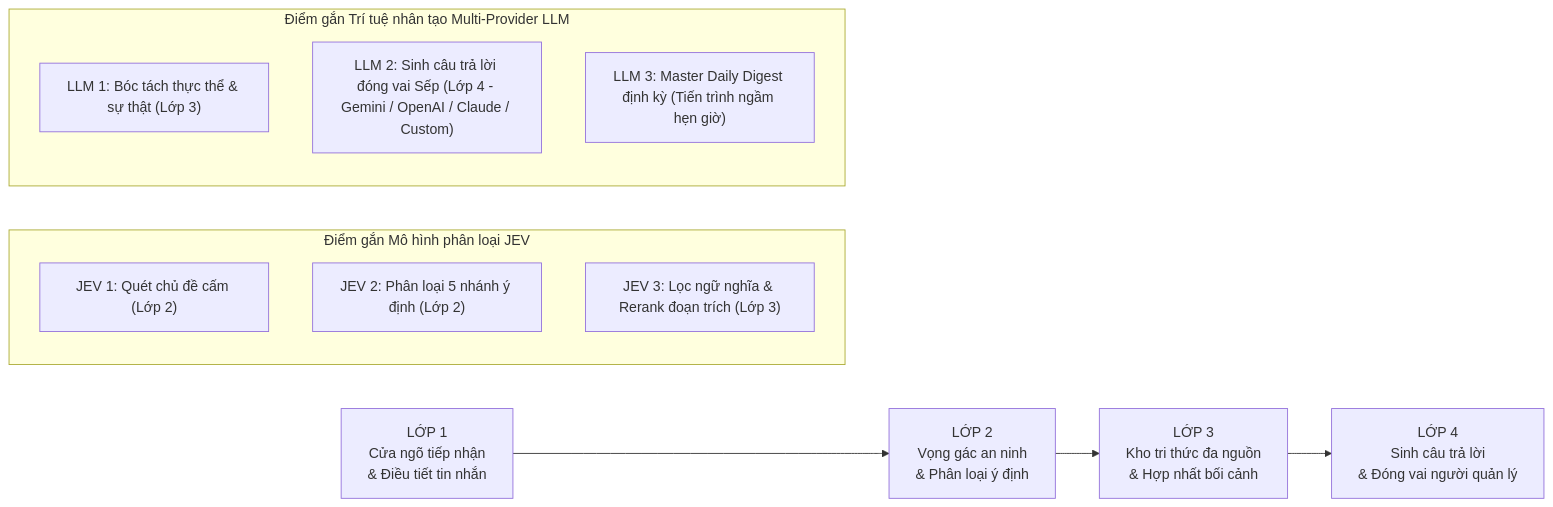
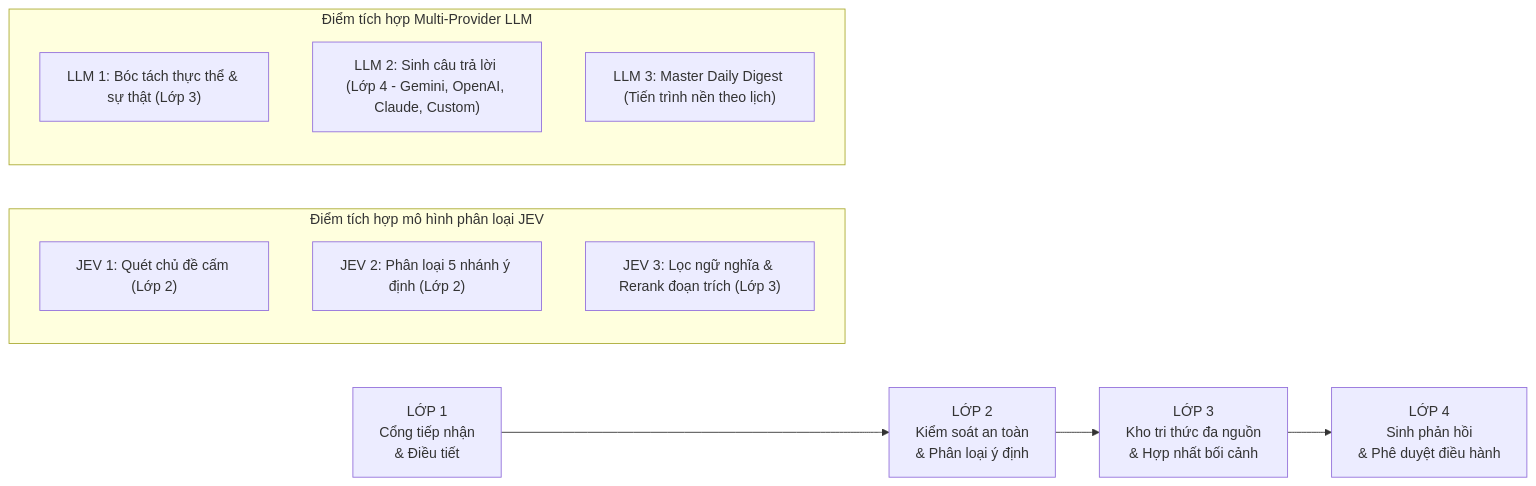
One commit to tetsde/LarkAssistant changed the diagram in server/docs/so_do_luong_hoat_dong_4_lop.md. Above: the diagram before and after it, drawn with Mermaid. The commit also changed other lines of this file and 20 other files, not shown here.

Commit message:
docs: update architecture documentation and diagrams

````diff
--- a/server/docs/so_do_luong_hoat_dong_4_lop.md
+++ b/server/docs/so_do_luong_hoat_dong_4_lop.md
@@ -22,18 +19,18 @@
 ```mermaid
 flowchart LR
-    L1["LỚP 1<br/>Cửa ngõ tiếp nhận<br/>& Điều tiết tin nhắn"] --> L2["LỚP 2<br/>Vọng gác an ninh<br/>& Phân loại ý định"]
+    L1["LỚP 1<br/>Cổng tiếp nhận<br/>& Điều tiết"] --> L2["LỚP 2<br/>Kiểm soát an toàn<br/>& Phân loại ý định"]
     L2 --> L3["LỚP 3<br/>Kho tri thức đa nguồn<br/>& Hợp nhất bối cảnh"]
-    L3 --> L4["LỚP 4<br/>Sinh câu trả lời<br/>& Đóng vai người quản lý"]
+    L3 --> L4["LỚP 4<br/>Sinh phản hồi<br/>& Phê duyệt điều hành"]
 
-    subgraph Dấu_mốc_JEV [Điểm gắn Mô hình phân loại JEV]
+    subgraph Diem_gan_JEV [Điểm tích hợp mô hình phân loại JEV]
         J1["JEV 1: Quét chủ đề cấm (Lớp 2)"]
         J2["JEV 2: Phân loại 5 nhánh ý định (Lớp 2)"]
         J3["JEV 3: Lọc ngữ nghĩa & Rerank đoạn trích (Lớp 3)"]
     end
 
-    subgraph Dấu_mốc_LLM [Điểm gắn Trí tuệ nhân tạo Multi-Provider LLM]
+    subgraph Diem_gan_LLM [Điểm tích hợp Multi-Provider LLM]
         M1["LLM 1: Bóc tách thực thể & sự thật (Lớp 3)"]
-        M2["LLM 2: Sinh câu trả lời đóng vai Sếp (Lớp 4 - Gemini / OpenAI / Claude / Custom)"]
-        M3["LLM 3: Master Daily Digest định kỳ (Tiến trình ngầm hẹn giờ)"]
+        M2["LLM 2: Sinh câu trả lời (Lớp 4 - Gemini, OpenAI, Claude, Custom)"]
+        M3["LLM 3: Master Daily Digest (Tiến trình nền theo lịch)"]
     end
 ```
````
